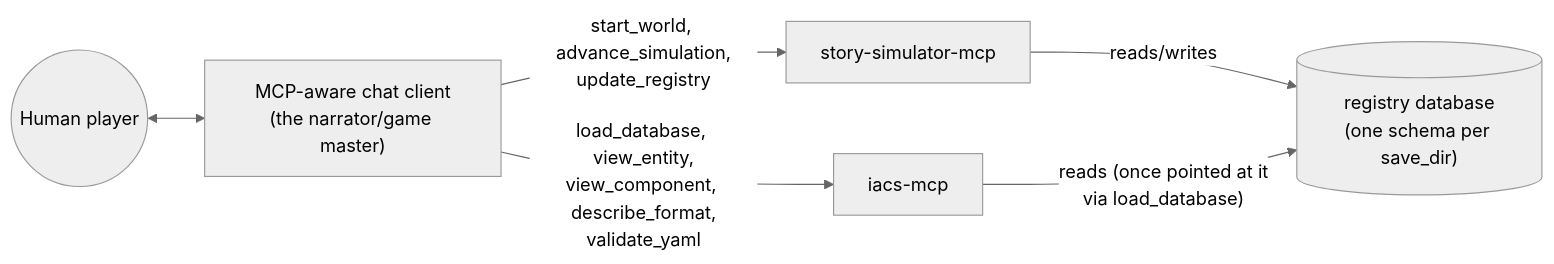
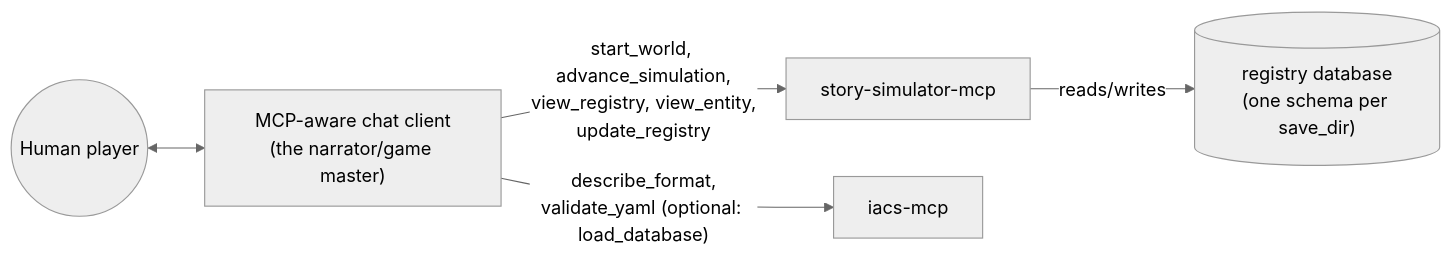
One commit to zhafen/story-simulator changed the first of 2 diagrams in docs/architecture.md. Above: the diagram before and after it, drawn with Mermaid (neutral theme). The commit also changed other lines of this file and 8 other files, not shown here.

First line of the commit message:
Reinstate view_registry/view_entity as thin delegates to iacs

````diff
--- a/docs/architecture.md
+++ b/docs/architecture.md
@@ -22,8 +22,7 @@
 ```mermaid
 flowchart LR
     Human(("Human player")) <--> Client["MCP-aware chat client<br/>(the narrator/game master)"]
-    Client -- "start_world, advance_simulation,<br/>update_registry" --> Server["story-simulator-mcp"]
-    Client -- "load_database, view_entity,<br/>view_component, describe_format,<br/>validate_yaml" --> Iacs["iacs-mcp"]
+    Client -- "start_world, advance_simulation,<br/>view_registry, view_entity,<br/>update_registry" --> Server["story-simulator-mcp"]
+    Client -- "describe_format,<br/>validate_yaml (optional: load_database)" --> Iacs["iacs-mcp"]
     Server -- "reads/writes" --> DB[("registry database<br/>(one schema per save_dir)")]
-    Iacs -- "reads (once pointed at it<br/>via load_database)" --> DB
 ```
````
